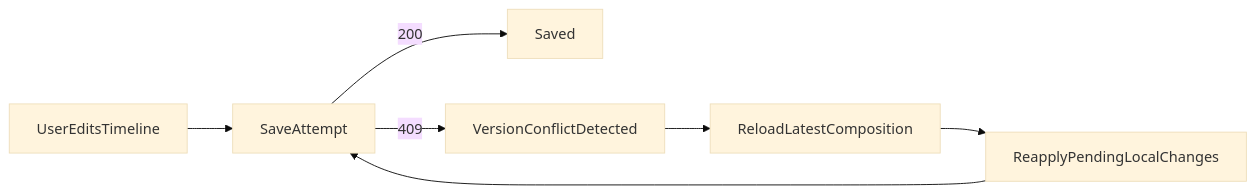
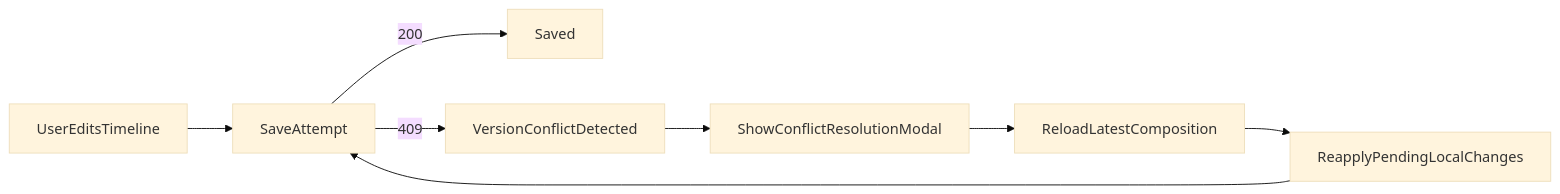
Before and after one commit to KennethAtchon/ContentAI: the second of 5 diagrams in docs/specs/phase5/PHASE5_UI_STATES_AND_WIREFLOWS.md, drawn with Mermaid (base theme). The commit also changed other lines of this file and 37 other files, not shown here.

First line of the commit message:
feat: Introduce reel_composition table and related schemas for video composition management

````diff
--- a/docs/specs/phase5/PHASE5_UI_STATES_AND_WIREFLOWS.md
+++ b/docs/specs/phase5/PHASE5_UI_STATES_AND_WIREFLOWS.md
@@ -122,9 +180,10 @@
 ```mermaid
 flowchart LR
     editStart[UserEditsTimeline] --> saveTry[SaveAttempt]
     saveTry -->|200| saveOk[Saved]
     saveTry -->|409| conflict[VersionConflictDetected]
-    conflict --> reload[ReloadLatestComposition]
+    conflict --> prompt[ShowConflictResolutionModal]
+    prompt --> reload[ReloadLatestComposition]
     reload --> reapply[ReapplyPendingLocalChanges]
     reapply --> saveTry
 ```
````
